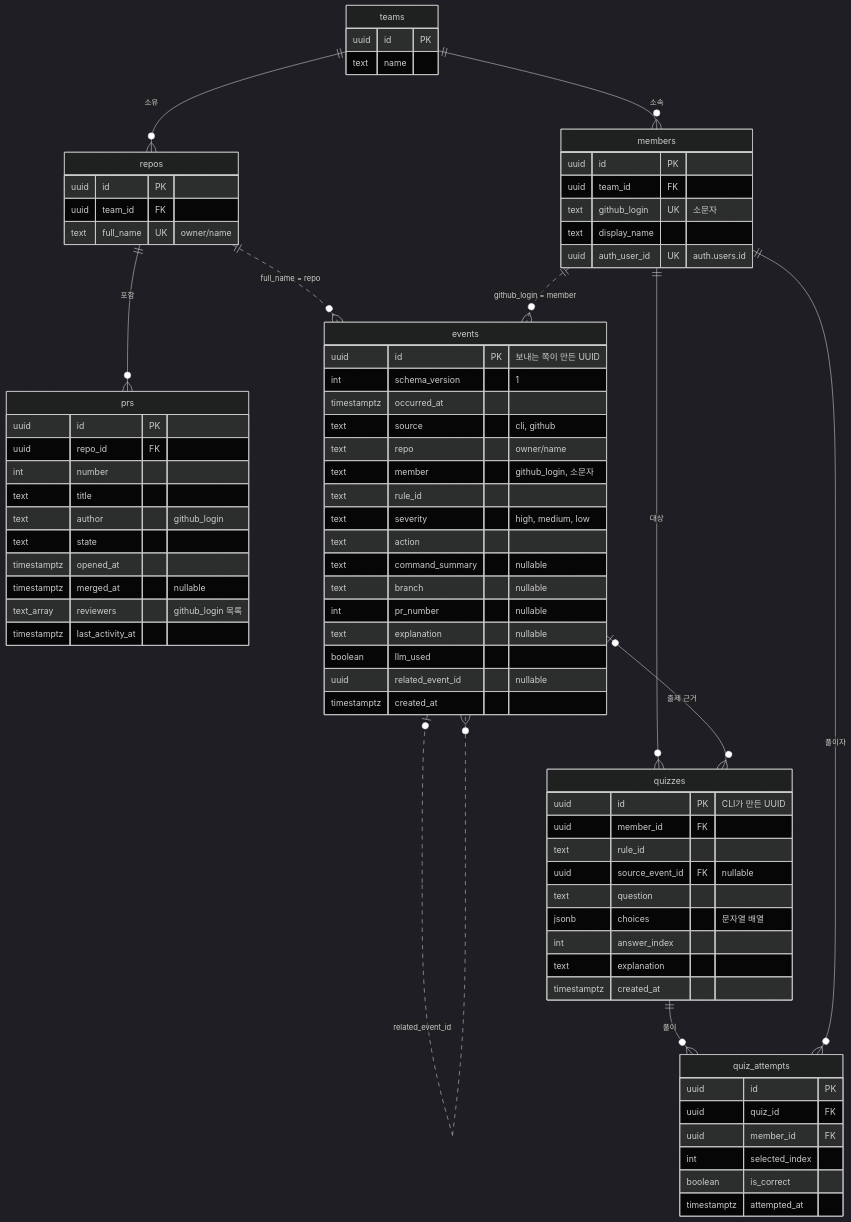
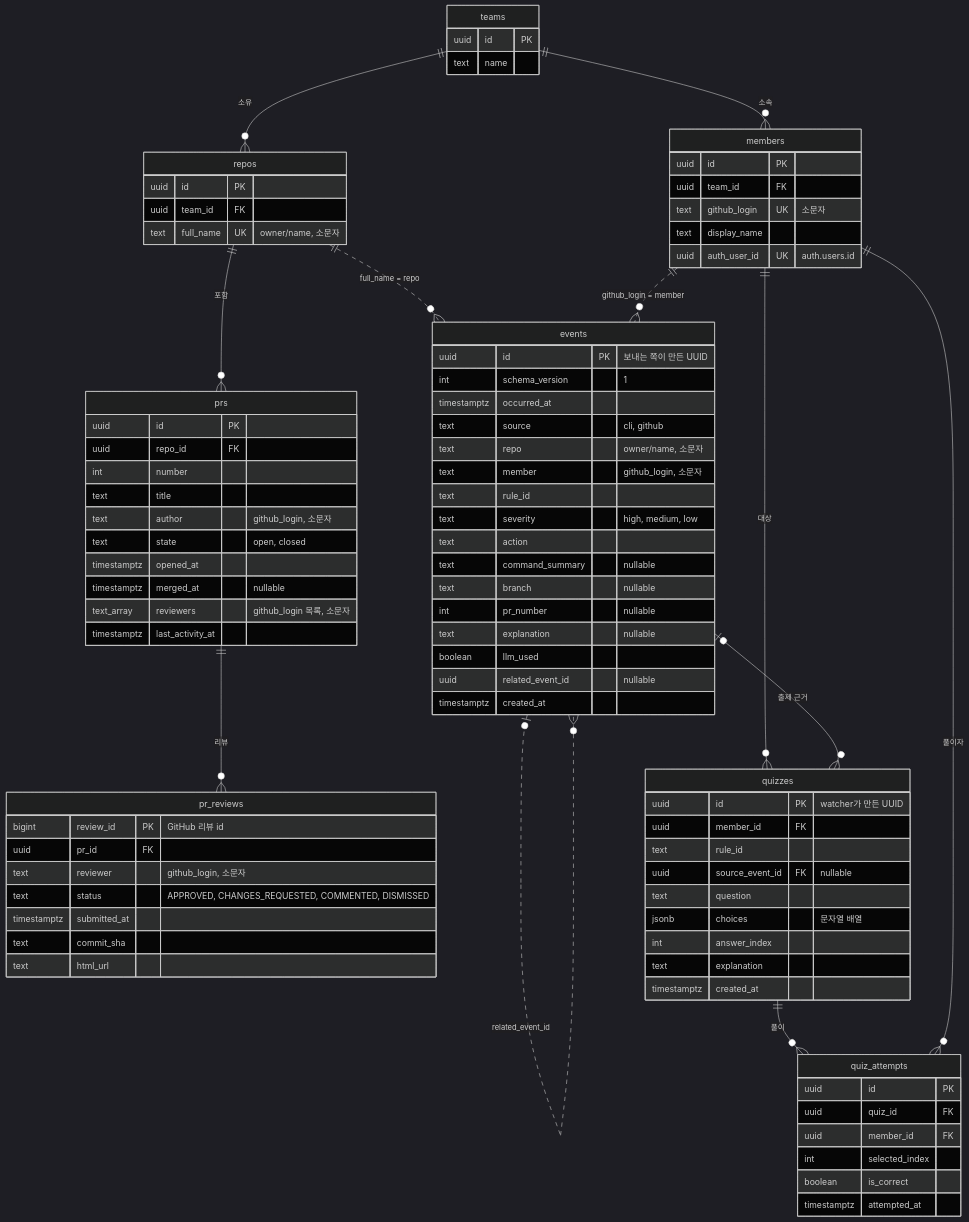
The diagram in docs/db/ERD.md (enryu0210/Github_Supervisor_Learning_Program), drawn with Mermaid (dark theme) before and after one commit. The commit also changed other lines of this file, not shown here.

```diff
--- a/docs/db/ERD.md
+++ b/docs/db/ERD.md
@@ -13,6 +13,7 @@
     teams ||--o{ repos : "소유"
     teams ||--o{ members : "소속"
     repos ||--o{ prs : "포함"
+    prs ||--o{ pr_reviews : "리뷰"
     repos ||..o{ events : "full_name = repo"
     members ||..o{ events : "github_login = member"
     events |o..o{ events : "related_event_id"
@@ -35,26 +36,35 @@
     repos {
         uuid id PK
         uuid team_id FK
-        text full_name UK "owner/name"
+        text full_name UK "owner/name, 소문자"
     }
     prs {
         uuid id PK
         uuid repo_id FK
         int number
         text title
-        text author "github_login"
-        text state
+        text author "github_login, 소문자"
+        text state "open, closed"
         timestamptz opened_at
         timestamptz merged_at "nullable"
-        text_array reviewers "github_login 목록"
+        text_array reviewers "github_login 목록, 소문자"
         timestamptz last_activity_at
+    }
+    pr_reviews {
+        bigint review_id PK "GitHub 리뷰 id"
+        uuid pr_id FK
+        text reviewer "github_login, 소문자"
+        text status "APPROVED, CHANGES_REQUESTED, COMMENTED, DISMISSED"
+        timestamptz submitted_at
+        text commit_sha
+        text html_url
     }
     events {
         uuid id PK "보내는 쪽이 만든 UUID"
         int schema_version "1"
         timestamptz occurred_at
         text source "cli, github"
-        text repo "owner/name"
+        text repo "owner/name, 소문자"
         text member "github_login, 소문자"
         text rule_id
         text severity "high, medium, low"
@@ -68,7 +78,7 @@
         timestamptz created_at
     }
     quizzes {
-        uuid id PK "CLI가 만든 UUID"
+        uuid id PK "watcher가 만든 UUID"
         uuid member_id FK
         text rule_id
         uuid source_event_id FK "nullable"
```
